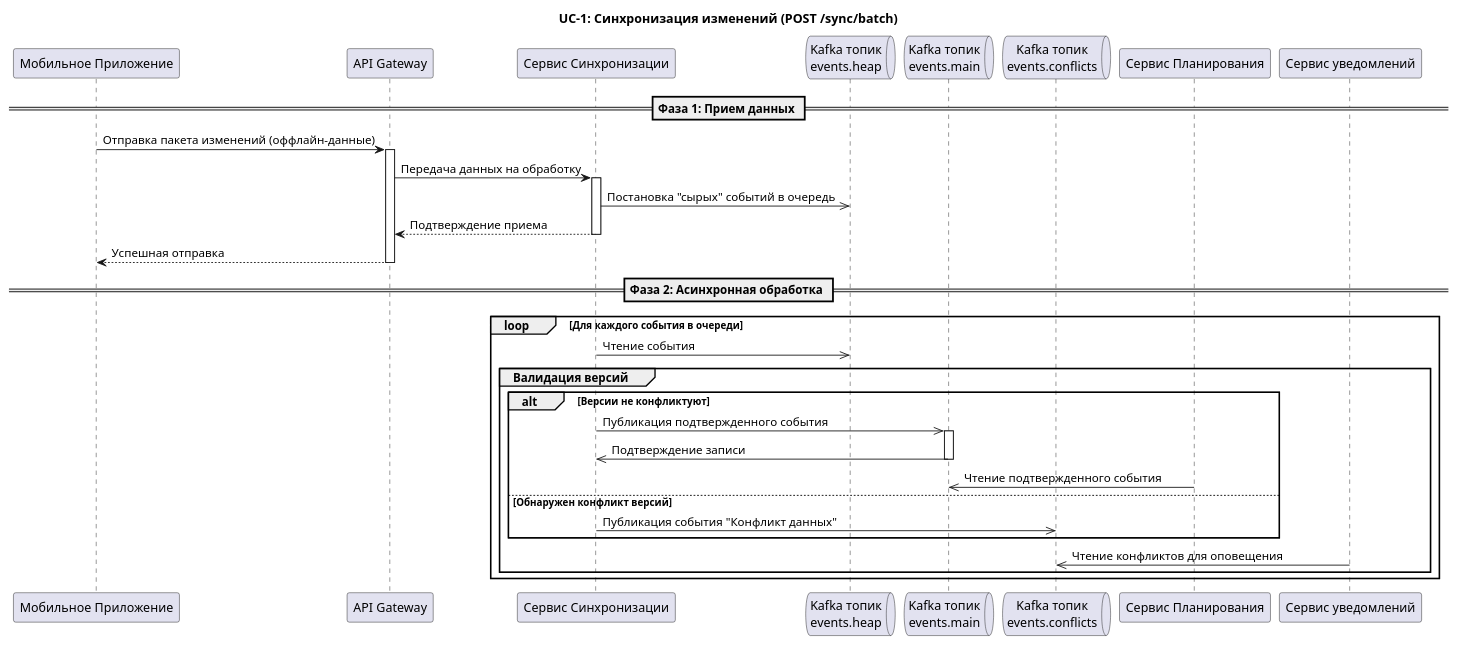
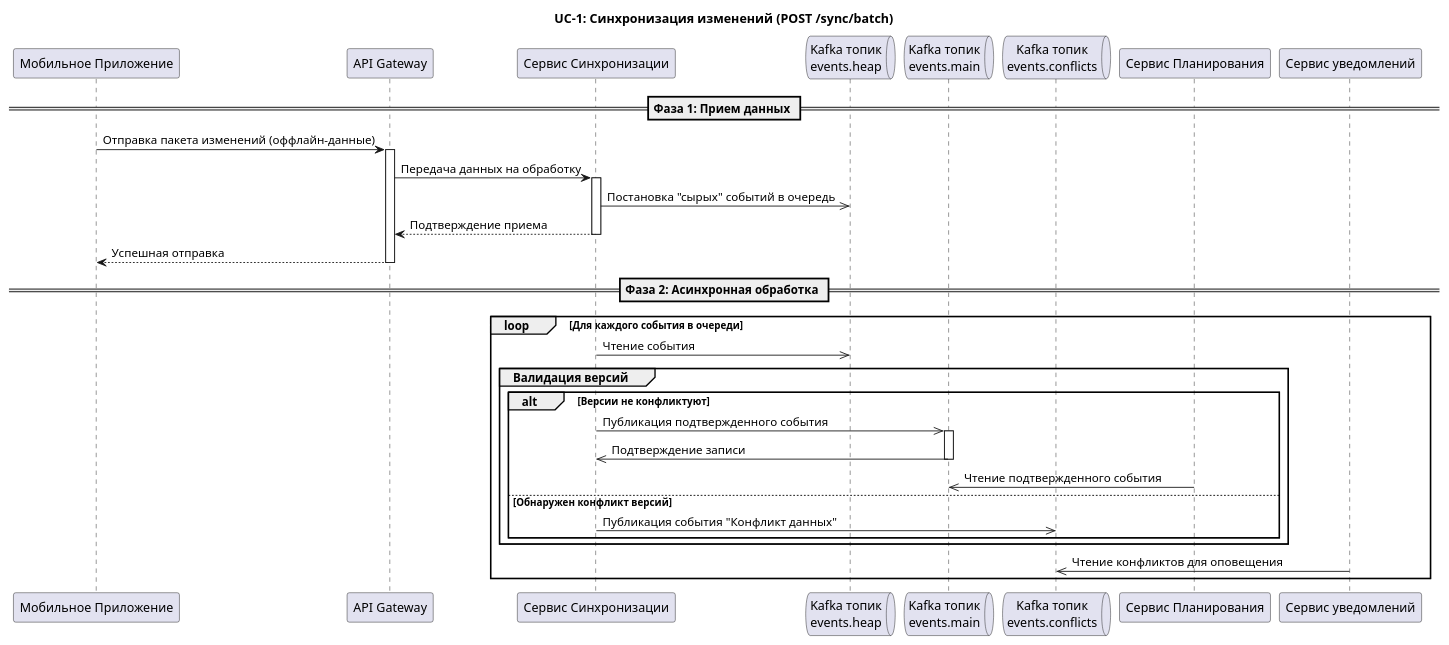
The diagram in Диаграммы последовательности/Синхронизация изменений.md (yn96k/traveltech-service), drawn with PlantUML before and after one commit. The commit also changed other lines of this file, not shown here.

Commit message:
Update sequence diagram for change synchronization

````diff
--- a/Диаграммы последовательности/Синхронизация изменений.md
+++ b/Диаграммы последовательности/Синхронизация изменений.md
@@ -4,48 +5,48 @@
 ```plantuml
 @startuml
 title UC-1: Синхронизация изменений (POST /sync/batch)
 
 participant "Мобильное Приложение" as App
 participant "API Gateway" as GW
 participant "Сервис Синхронизации" as Sync
 queue "Kafka топик\nevents.heap" as K_heap
 queue "Kafka топик\nevents.main" as K_main
 queue "Kafka топик\nevents.conflicts" as K_conflicts
 participant "Сервис Планирования" as Trip
 participant "Сервис уведомлений" as Push
 
 == Фаза 1: Прием данных ==
 App -> GW: Отправка пакета изменений (оффлайн-данные)
 activate GW
 GW -> Sync: Передача данных на обработку
 activate Sync
 
 Sync ->> K_heap: Постановка "сырых" событий в очередь
 
 Sync --> GW: Подтверждение приема
 deactivate Sync
 GW --> App: Успешная отправка
 deactivate GW
 
 == Фаза 2: Асинхронная обработка ==
 loop Для каждого события в очереди
     Sync ->> K_heap: Чтение события
     
     group Валидация версий
         alt Версии не конфликтуют
             Sync ->> K_main: Публикация подтвержденного события
             activate K_main
             Sync <<- K_main: Подтверждение записи
             deactivate K_main
 
                 Trip ->> K_main: Чтение подтвержденного события
             deactivate K_heap
 
         else Обнаружен конфликт версий
             Sync ->> K_conflicts: Публикация события "Конфликт данных"
         end
-        Push ->> K_conflicts: Чтение конфликтов для оповещения
     end
+    Push ->> K_conflicts: Чтение конфликтов для оповещения
 end
 @enduml
 ```
````
